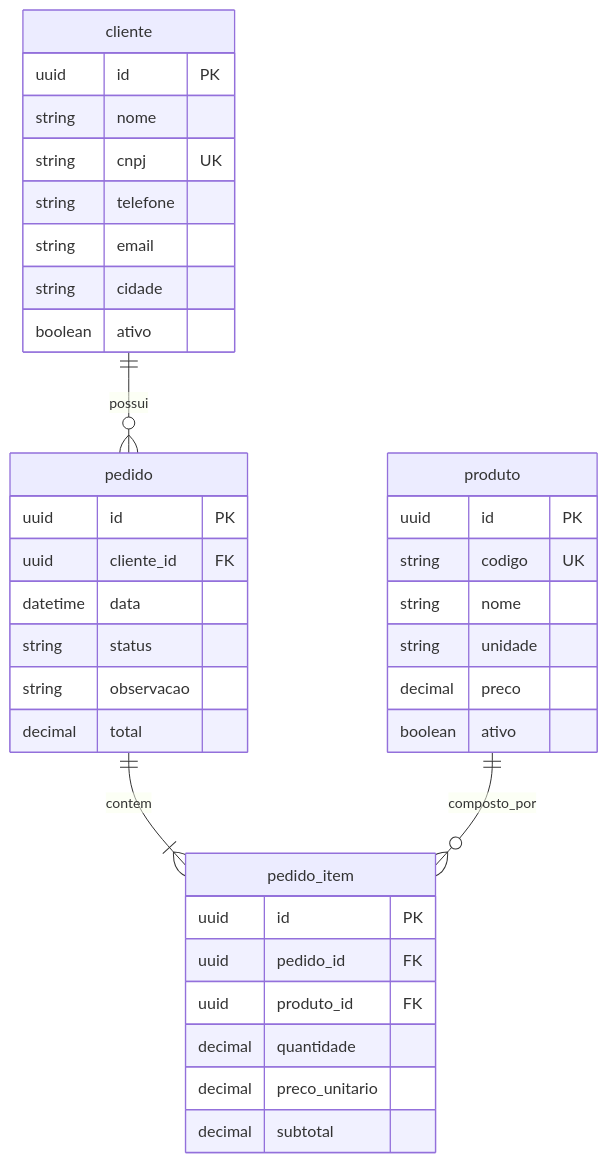
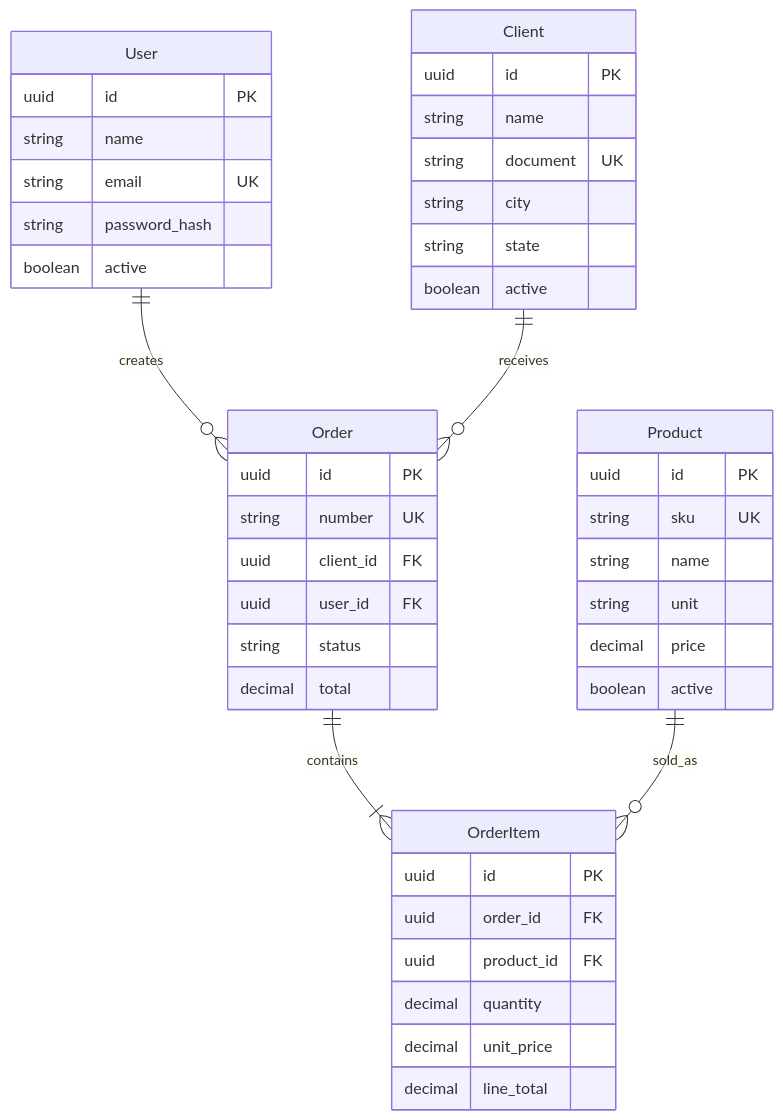
The diagram in docs/projeto/mapa-entidades.md (carloseduardo-pg/Modelo-Prottus---Distribuidora-Distac), drawn with Mermaid before and after one commit. The commit also changed other lines of this file and 83 other files, not shown here.

First line of the commit message:
Refactor project documentation and update database schema for English domain

````diff
--- a/docs/projeto/mapa-entidades.md
+++ b/docs/projeto/mapa-entidades.md
@@ -86,40 +40,51 @@
 ```mermaid
 erDiagram
-  cliente ||--o{ pedido : "possui"
-  pedido ||--|{ pedido_item : "contem"
-  produto ||--o{ pedido_item : "composto_por"
+  User ||--o{ Order : creates
+  Client ||--o{ Order : receives
+  Order ||--|{ OrderItem : contains
+  Product ||--o{ OrderItem : sold_as
 
-  cliente {
+  User {
     uuid id PK
-    string nome
-    string cnpj UK
-    string telefone
-    string email
-    string cidade
-    boolean ativo
+    string name
+    string email UK
+    string password_hash
+    boolean active
   }
-  produto {
+
+  Client {
     uuid id PK
-    string codigo UK
-    string nome
-    string unidade
-    decimal preco
-    boolean ativo
+    string name
+    string document UK
+    string city
+    string state
+    boolean active
   }
-  pedido {
+
+  Product {
     uuid id PK
-    uuid cliente_id FK
-    datetime data
+    string sku UK
+    string name
+    string unit
+    decimal price
+    boolean active
+  }
+
+  Order {
+    uuid id PK
+    string number UK
+    uuid client_id FK
+    uuid user_id FK
     string status
-    string observacao
     decimal total
   }
-  pedido_item {
+
+  OrderItem {
     uuid id PK
-    uuid pedido_id FK
-    uuid produto_id FK
-    decimal quantidade
-    decimal preco_unitario
-    decimal subtotal
+    uuid order_id FK
+    uuid product_id FK
+    decimal quantity
+    decimal unit_price
+    decimal line_total
   }
 ```
````
